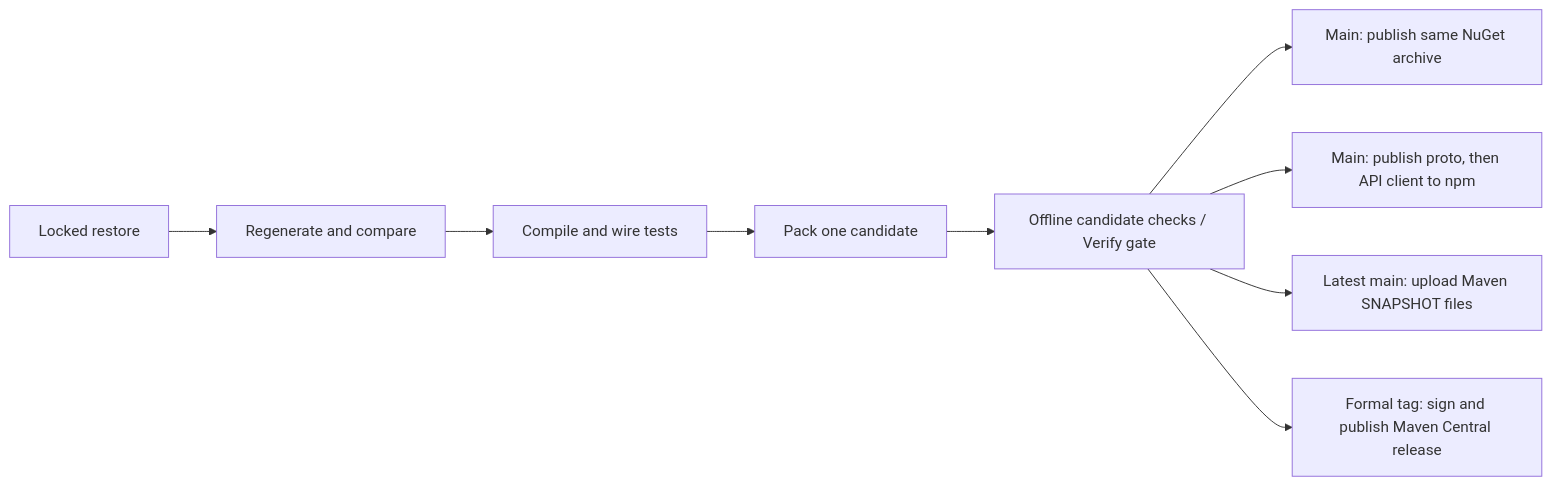
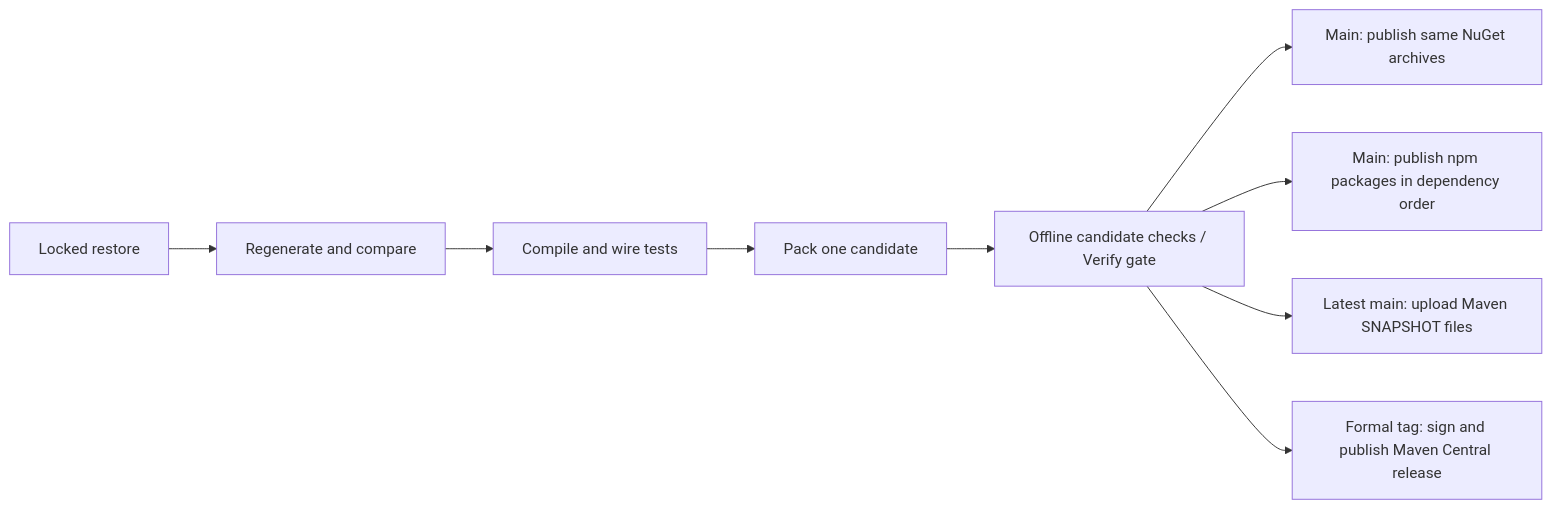
One commit to ArcForges/Contracts changed the diagram in README.md. Above: the diagram before and after it, drawn with Mermaid. The commit also changed other lines of this file and 258 other files, not shown here.

````diff
--- a/README.md
+++ b/README.md
@@ -74,11 +79,11 @@
 ```mermaid
 flowchart LR
   A[Locked restore] --> B[Regenerate and compare]
   B --> C[Compile and wire tests]
   C --> D[Pack one candidate]
   D --> G[Offline candidate checks / Verify gate]
-  G --> H[Main: publish same NuGet archive]
-  G --> I[Main: publish proto, then API client to npm]
+  G --> H[Main: publish same NuGet archives]
+  G --> I[Main: publish npm packages in dependency order]
   G --> J[Latest main: upload Maven SNAPSHOT files]
   G --> K[Formal tag: sign and publish Maven Central release]
 ```
````
